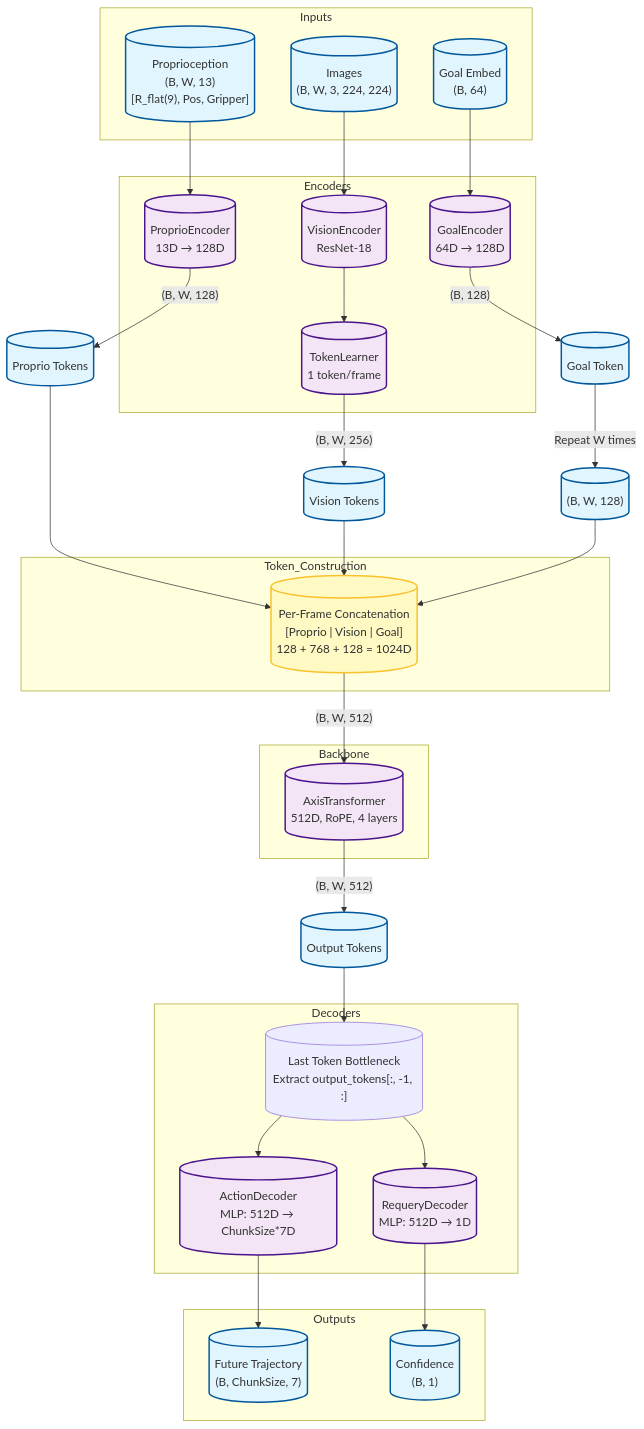
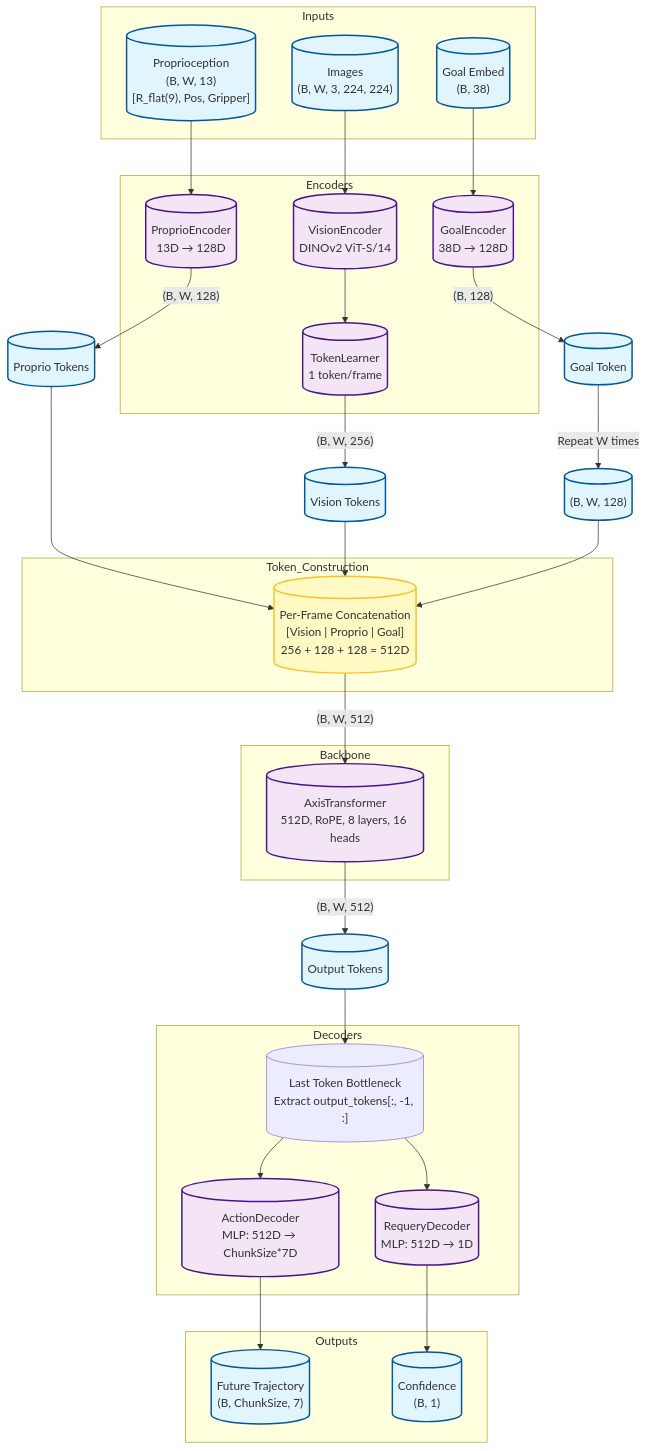
One commit to Thoooomas14/Axis changed the first of 2 diagrams in docs/model_architecture_vis.md. Above: the diagram before and after it, drawn with Mermaid. The commit also changed other lines of this file and 7 other files, not shown here.

````diff
--- a/docs/model_architecture_vis.md
+++ b/docs/model_architecture_vis.md
@@ -7,64 +7,64 @@
 ```mermaid
 graph TD
     subgraph Inputs
         IMG[("Images<br/>(B, W, 3, 224, 224)")]
         PROP[("Proprioception<br/>(B, W, 13)<br/>[R_flat(9), Pos, Gripper]")]
-        GOAL[("Goal Embed<br/>(B, 64)")]
+        GOAL[("Goal Embed<br/>(B, 38)")]
     end
 
     subgraph Encoders
-        VE[("VisionEncoder<br/>ResNet-18")]
+        VE[("VisionEncoder<br/>DINOv2 ViT-S/14")]
         PE[("ProprioEncoder<br/>13D → 128D")]
-        GE[("GoalEncoder<br/>64D → 128D")]
+        GE[("GoalEncoder<br/>38D → 128D")]
         TL[("TokenLearner<br/>1 token/frame")]
     end
 
     subgraph Token_Construction
-        CAT[("Per-Frame Concatenation<br/>[Proprio | Vision | Goal]<br/>128 + 768 + 128 = 1024D")]
+        CAT[("Per-Frame Concatenation<br/>[Vision | Proprio | Goal]<br/>256 + 128 + 128 = 512D")]
     end
 
     subgraph Backbone
-        TR[("AxisTransformer<br/>512D, RoPE, 4 layers")]
+        TR[("AxisTransformer<br/>512D, RoPE, 8 layers, 16 heads")]
     end
 
     subgraph Decoders
         LT[("Last Token Bottleneck<br/>Extract output_tokens[:, -1, :]")]
         AD[("ActionDecoder<br/>MLP: 512D → ChunkSize*7D")]
         RD[("RequeryDecoder<br/>MLP: 512D → 1D")]
     end
 
     subgraph Outputs
         ACT[("Future Trajectory<br/>(B, ChunkSize, 7)")]
         REQ[("Confidence<br/>(B, 1)")]
     end
 
     %% Connections
     IMG --> VE --> TL
     TL -->|"(B, W, 256)"| VTOK[("Vision Tokens")]
     
     PROP --> PE -->|"(B, W, 128)"| PTOK[("Proprio Tokens")]
     
     GOAL --> GE -->|"(B, 128)"| GTOK[("Goal Token")]
     GTOK -->|"Repeat W times"| GEXP[("(B, W, 128)")]
     
     PTOK --> CAT
     VTOK --> CAT
     GEXP --> CAT
     CAT -->|"(B, W, 512)"| TR
     
     TR -->|"(B, W, 512)"| OUT[("Output Tokens")]
     
     OUT --> LT
     LT --> AD
     LT --> RD
     AD --> ACT
     RD --> REQ
 
     classDef tensor fill:#e1f5fe,stroke:#01579b,stroke-width:2px;
     classDef component fill:#f3e5f5,stroke:#4a148c,stroke-width:2px,rx:10,ry:10;
     classDef logic fill:#fff9c4,stroke:#fbc02d,stroke-width:2px;
 
     class IMG,PROP,GOAL,VTOK,PTOK,GTOK,GEXP,OUT,ACT,REQ tensor;
     class VE,PE,GE,TL,TR,AD,RD component;
     class CAT logic;
 ```
````
